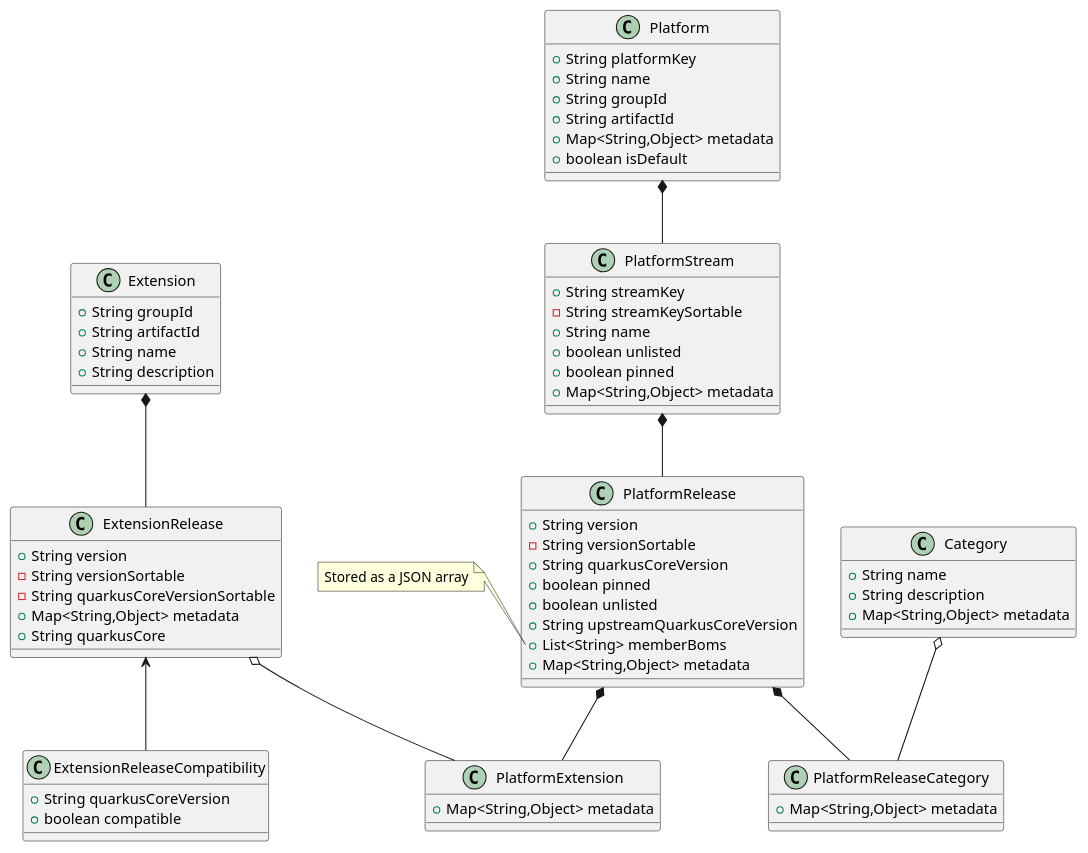
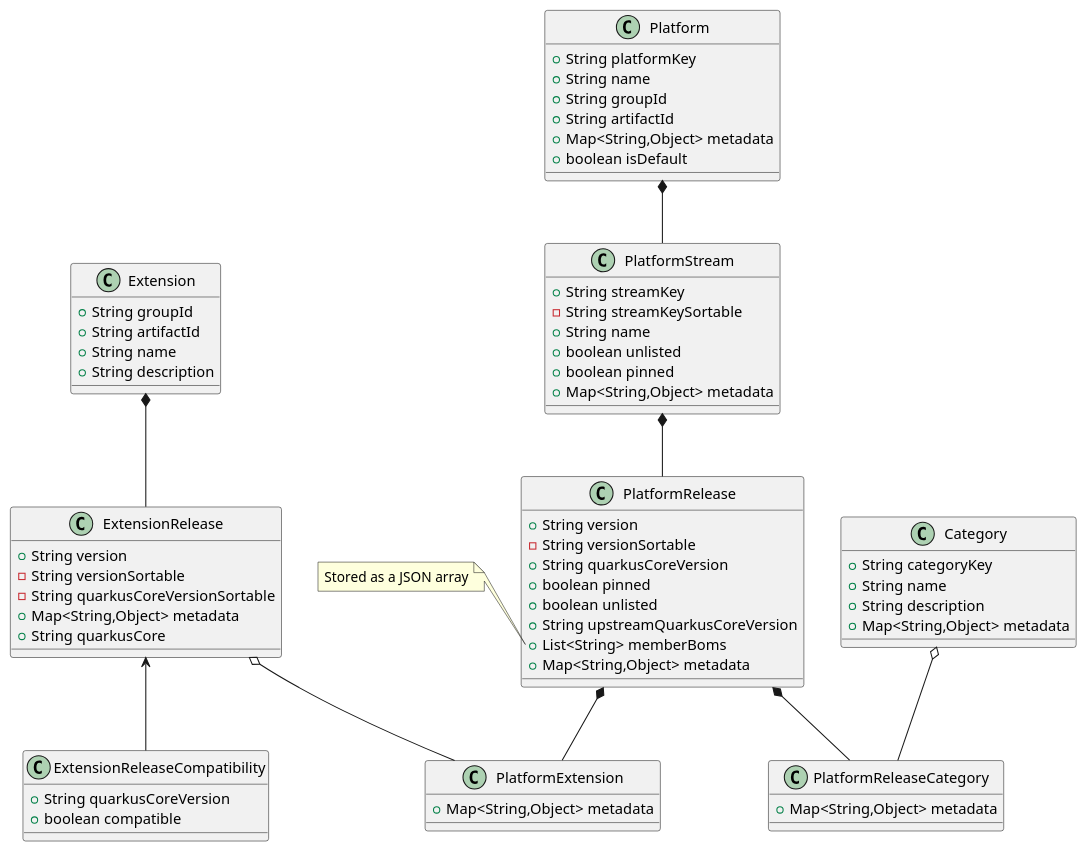
Before and after one commit to quarkusio/registry.quarkus.io: the diagram in docs/model.puml, drawn with PlantUML. The commit also changed 12 other files, not shown here.

First line of the commit message:
Introduce category key

```diff
--- a/docs/model.puml
+++ b/docs/model.puml
@@ -1,79 +1,80 @@
 @startuml
 class Platform {
   + String platformKey
   + String name
   + String groupId
   + String artifactId
   + Map<String,Object> metadata
   + boolean isDefault
 }
 
 class PlatformStream {
   + String streamKey
   - String streamKeySortable
   + String name
   + boolean unlisted
   + boolean pinned
   + Map<String,Object> metadata
 }
 
 class PlatformRelease {
   + String version
   - String versionSortable
   + String quarkusCoreVersion
   + boolean pinned
   + boolean unlisted
   + String upstreamQuarkusCoreVersion
   + List<String> memberBoms
   + Map<String,Object> metadata
 }
 
 class PlatformExtension {
   + Map<String,Object> metadata
 }
 
 class PlatformReleaseCategory {
   + Map<String,Object> metadata
 }
 
 class Extension {
   + String groupId
   + String artifactId
   + String name
   + String description
 }
 
 class ExtensionRelease {
   + String version
   - String versionSortable
   - String quarkusCoreVersionSortable
   + Map<String,Object> metadata
   + String quarkusCore
 }
 
 class Category {
+  + String categoryKey
   + String name
   + String description
   + Map<String,Object> metadata
 }
 
 class ExtensionReleaseCompatibility {
   + String quarkusCoreVersion
   + boolean compatible
 }
 
 note left of PlatformRelease::memberBoms
   Stored as a JSON array
 end note
 
 Category o-- PlatformReleaseCategory
 
 Platform                *-- PlatformStream
 PlatformStream          *-- PlatformRelease
 PlatformRelease         *-- PlatformExtension
 PlatformRelease         *-- PlatformReleaseCategory
 
 Extension        *-- ExtensionRelease
 ExtensionRelease o-- PlatformExtension
 ExtensionRelease <-- ExtensionReleaseCompatibility
 @enduml
```
